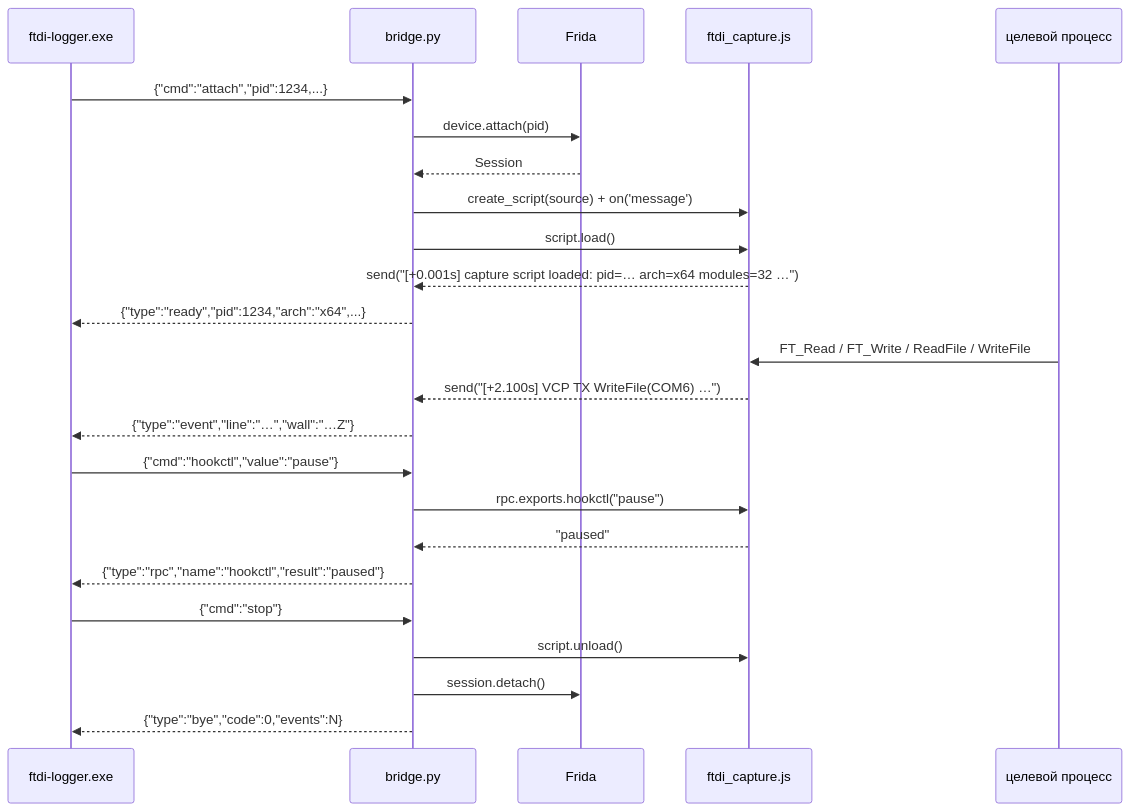
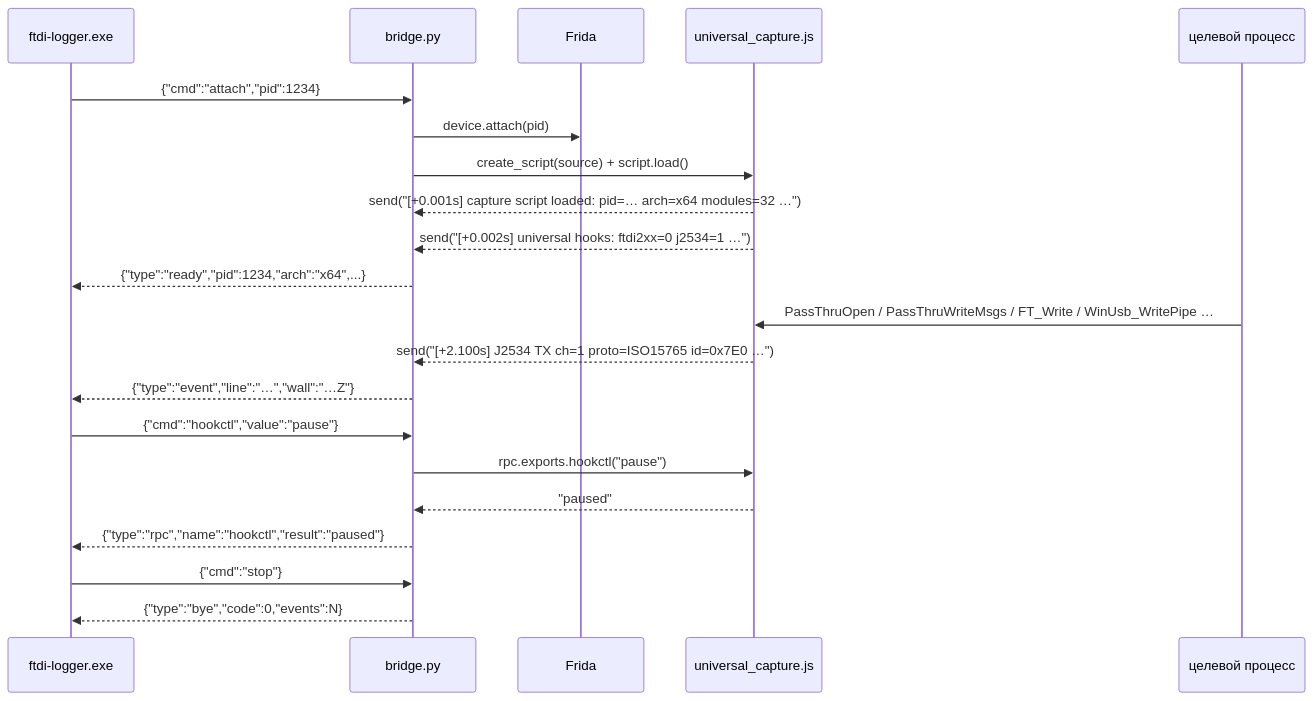
One commit to Ydjin1984/ftdi-usb-logger changed the second of 2 diagrams in sidecar/README.md. Above: the diagram before and after it, drawn with Mermaid. The commit also changed other lines of this file and 32 other files, not shown here.

First line of the commit message:
Универсальный захват: любые USB/COM/J2534-устройства и процессы

````diff
--- a/sidecar/README.md
+++ b/sidecar/README.md
@@ -81,26 +83,23 @@
 ```mermaid
 sequenceDiagram
     participant E as ftdi-logger.exe
     participant B as bridge.py
     participant F as Frida
-    participant J as ftdi_capture.js
+    participant A as universal_capture.js
     participant T as целевой процесс
-    E->>B: {"cmd":"attach","pid":1234,...}
+    E->>B: {"cmd":"attach","pid":1234}
     B->>F: device.attach(pid)
-    F-->>B: Session
-    B->>J: create_script(source) + on('message')
-    B->>J: script.load()
-    J-->>B: send("[+0.001s] capture script loaded: pid=… arch=x64 modules=32 …")
+    B->>A: create_script(source) + script.load()
+    A-->>B: send("[+0.001s] capture script loaded: pid=… arch=x64 modules=32 …")
+    A-->>B: send("[+0.002s] universal hooks: ftdi2xx=0 j2534=1 …")
     B-->>E: {"type":"ready","pid":1234,"arch":"x64",...}
-    T->>J: FT_Read / FT_Write / ReadFile / WriteFile
-    J-->>B: send("[+2.100s] VCP TX WriteFile(COM6) …")
+    T->>A: PassThruOpen / PassThruWriteMsgs / FT_Write / WinUsb_WritePipe …
+    A-->>B: send("[+2.100s] J2534 TX ch=1 proto=ISO15765 id=0x7E0 …")
     B-->>E: {"type":"event","line":"…","wall":"…Z"}
     E->>B: {"cmd":"hookctl","value":"pause"}
-    B->>J: rpc.exports.hookctl("pause")
-    J-->>B: "paused"
+    B->>A: rpc.exports.hookctl("pause")
+    A-->>B: "paused"
     B-->>E: {"type":"rpc","name":"hookctl","result":"paused"}
     E->>B: {"cmd":"stop"}
-    B->>J: script.unload()
-    B->>F: session.detach()
     B-->>E: {"type":"bye","code":0,"events":N}
 ```
````
